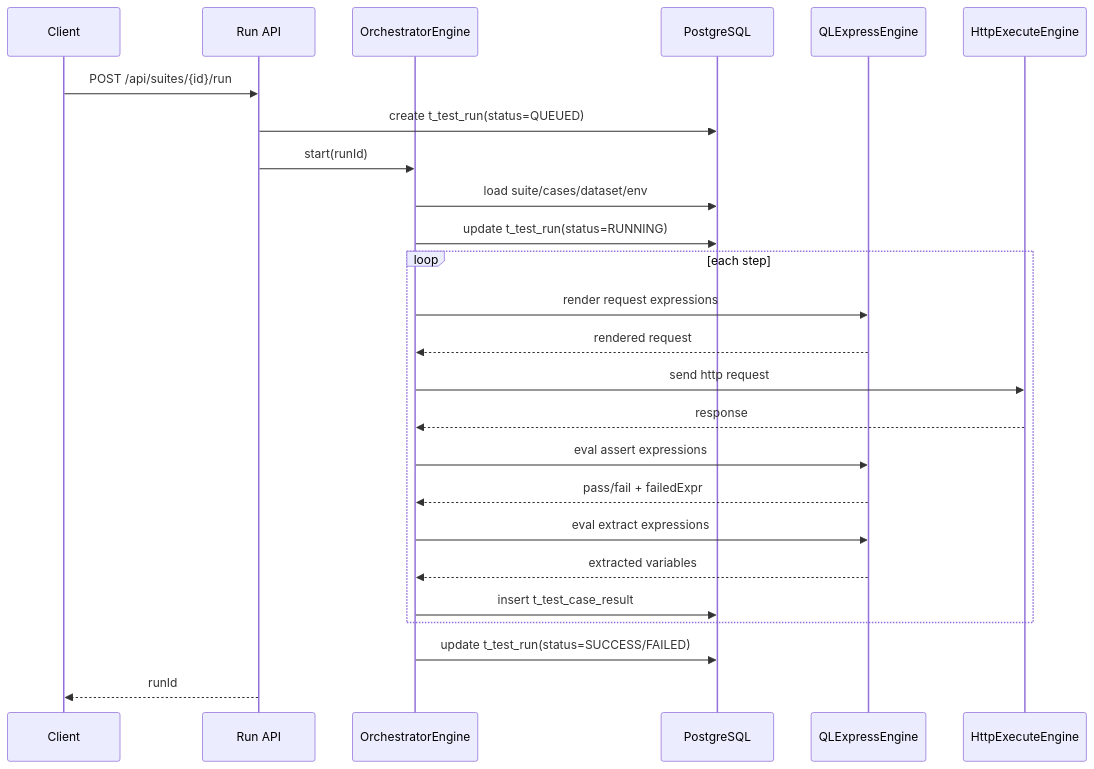
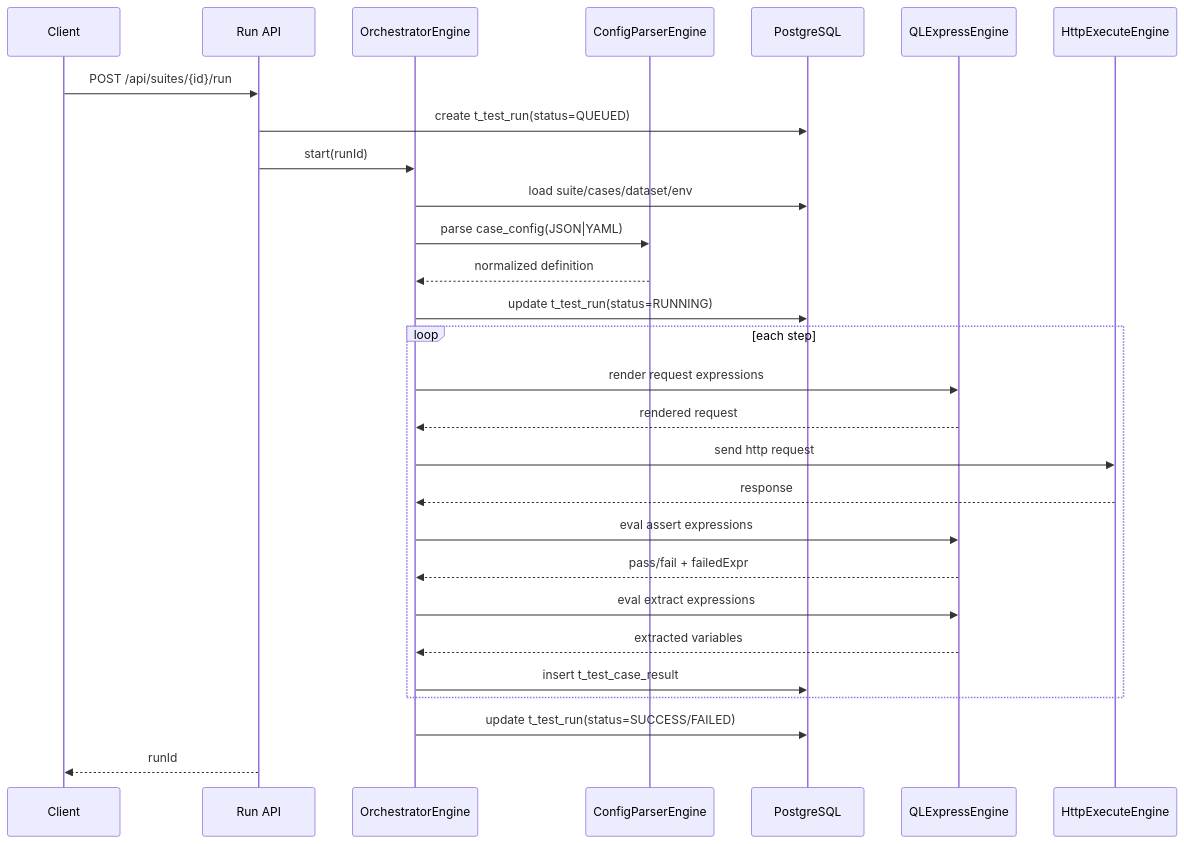
Before and after one commit to weisanju/java-dsl-bvt: the second of 4 diagrams in docs/architecture-mermaid.md, drawn with Mermaid. The commit also changed other lines of this file and 7 other files, not shown here.

Commit message:
docs: adopt YAML/JSON case config driven design

````diff
--- a/docs/architecture-mermaid.md
+++ b/docs/architecture-mermaid.md
@@ -41,31 +43,34 @@
 ```mermaid
 sequenceDiagram
     participant C as Client
     participant A as Run API
     participant O as OrchestratorEngine
+    participant P as ConfigParserEngine
     participant D as PostgreSQL
     participant Q as QLExpressEngine
     participant H as HttpExecuteEngine
 
     C->>A: POST /api/suites/{id}/run
     A->>D: create t_test_run(status=QUEUED)
     A->>O: start(runId)
 
     O->>D: load suite/cases/dataset/env
+    O->>P: parse case_config(JSON|YAML)
+    P-->>O: normalized definition
     O->>D: update t_test_run(status=RUNNING)
 
     loop each step
       O->>Q: render request expressions
       Q-->>O: rendered request
       O->>H: send http request
       H-->>O: response
       O->>Q: eval assert expressions
       Q-->>O: pass/fail + failedExpr
       O->>Q: eval extract expressions
       Q-->>O: extracted variables
       O->>D: insert t_test_case_result
     end
 
     O->>D: update t_test_run(status=SUCCESS/FAILED)
     A-->>C: runId
 ```
````
